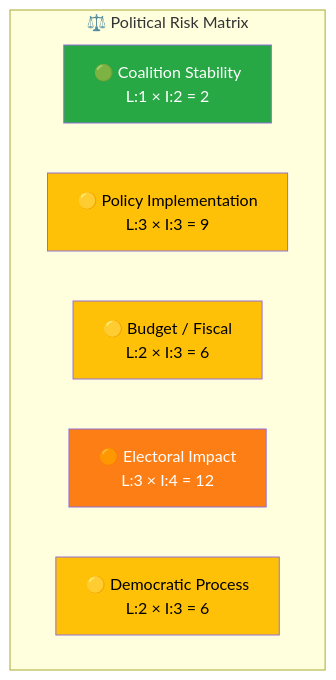
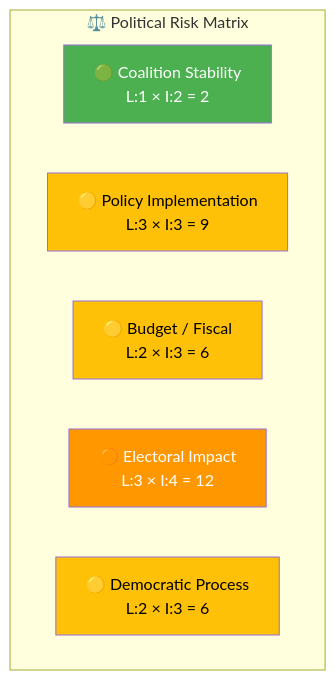
Before and after one commit to Hack23/riksdagsmonitor: the second of 3 diagrams in analysis/daily/2026-04-09/realtime-1436/documents/hd03218-analysis.md, drawn with Mermaid. The commit also changed other lines of this file and 785 other files, not shown here.

First line of the commit message:
Normalize mermaid colors across 786 analysis artifacts to ISMS Style Guide palette

````diff
--- a/analysis/daily/2026-04-09/realtime-1436/documents/hd03218-analysis.md
+++ b/analysis/daily/2026-04-09/realtime-1436/documents/hd03218-analysis.md
@@ -75,16 +75,16 @@
 ```mermaid
 graph TD
     subgraph "⚖️ Political Risk Matrix"
         R1["🟢 Coalition Stability<br/>L:1 × I:2 = 2"]
         R2["🟡 Policy Implementation<br/>L:3 × I:3 = 9"]
         R3["🟡 Budget / Fiscal<br/>L:2 × I:3 = 6"]
         R4["🟠 Electoral Impact<br/>L:3 × I:4 = 12"]
         R5["🟡 Democratic Process<br/>L:2 × I:3 = 6"]
     end
 
-    style R1 fill:#28a745,color:#fff
-    style R2 fill:#ffc107,color:#000
-    style R3 fill:#ffc107,color:#000
-    style R4 fill:#fd7e14,color:#fff
-    style R5 fill:#ffc107,color:#000
+    style R1 fill:#4CAF50,color:#FFFFFF
+    style R2 fill:#FFC107,color:#000000
+    style R3 fill:#FFC107,color:#000000
+    style R4 fill:#FF9800,color:#FFFFFF
+    style R5 fill:#FFC107,color:#000000
 ```
````
